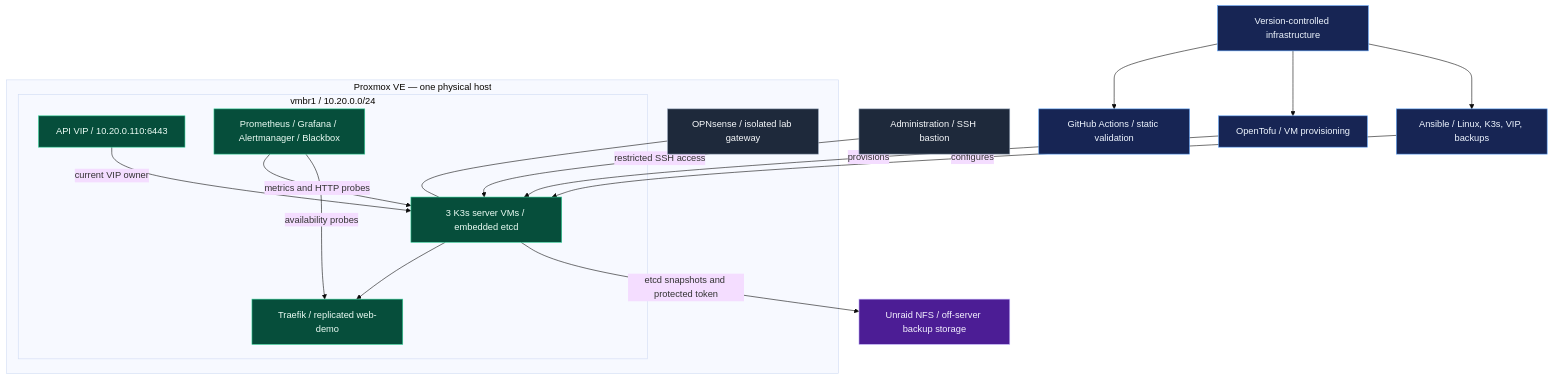
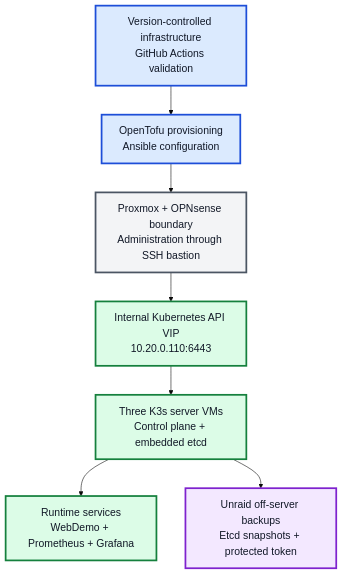
One commit to Capasiter/homelab-portfolio changed the first of 2 diagrams in README.md. Above: the diagram before and after it, drawn with Mermaid (base theme). The commit also changed other lines of this file, not shown here.

Commit message:
docs: improve architecture diagram readability (#35)
Replace the wide architecture topology with a high-contrast vertical diagram using larger labels.

````diff
--- a/README.md
+++ b/README.md
@@ -32,36 +32,27 @@
 ```mermaid
 flowchart TD
-    Git["Version-controlled infrastructure"] --> CI["GitHub Actions / static validation"]
-    Git --> Tofu["OpenTofu / VM provisioning"]
-    Git --> Ansible["Ansible / Linux, K3s, VIP, backups"]
-    Admin["Administration / SSH bastion"]
+    Git["Version-controlled infrastructure<br/>GitHub Actions validation"]
+    Automation["OpenTofu provisioning<br/>Ansible configuration"]
+    Access["Proxmox + OPNsense boundary<br/>Administration through SSH bastion"]
+    VIP["Internal Kubernetes API VIP<br/>10.20.0.110:6443"]
+    Cluster["Three K3s server VMs<br/>Control plane + embedded etcd"]
+    Services["Runtime services<br/>WebDemo + Prometheus + Grafana"]
+    Backup["Unraid off-server backups<br/>Etcd snapshots + protected token"]
 
-    subgraph PVE["Proxmox VE — one physical host"]
-        Gateway["OPNsense / isolated lab gateway"]
-        subgraph Lab["vmbr1 / 10.20.0.0/24"]
-            VIP["API VIP / 10.20.0.110:6443"]
-            Cluster["3 K3s server VMs / embedded etcd"]
-            App["Traefik / replicated web-demo"]
-            Observe["Prometheus / Grafana / Alertmanager / Blackbox"]
-        end
-        Gateway --- Cluster
-        VIP -->|"current VIP owner"| Cluster
-        Cluster --> App
-        Observe -->|"metrics and HTTP probes"| Cluster
-        Observe -->|"availability probes"| App
-    end
+    Git --> Automation
+    Automation --> Access
+    Access --> VIP
+    VIP --> Cluster
+    Cluster --> Services
+    Cluster --> Backup
 
-    Tofu -->|"provisions"| Cluster
-    Ansible -->|"configures"| Cluster
-    Admin -->|"restricted SSH access"| Cluster
-    Cluster -->|"etcd snapshots and protected token"| Backup["Unraid NFS / off-server backup storage"]
+    classDef delivery fill:#DBEAFE,stroke:#1D4ED8,color:#111827,stroke-width:3px,font-size:18px
+    classDef boundary fill:#F3F4F6,stroke:#4B5563,color:#111827,stroke-width:3px,font-size:18px
+    classDef runtime fill:#DCFCE7,stroke:#15803D,color:#111827,stroke-width:3px,font-size:18px
+    classDef recovery fill:#F3E8FF,stroke:#7E22CE,color:#111827,stroke-width:3px,font-size:18px
 
-    classDef delivery fill:#172554,stroke:#60a5fa,color:#eff6ff
-    classDef runtime fill:#064e3b,stroke:#34d399,color:#ecfdf5
-    classDef recovery fill:#4c1d95,stroke:#c4b5fd,color:#f5f3ff
-    classDef boundary fill:#1e293b,stroke:#94a3b8,color:#f8fafc
-    class Git,CI,Tofu,Ansible delivery
-    class VIP,Cluster,App,Observe runtime
+    class Git,Automation delivery
+    class Access boundary
+    class VIP,Cluster,Services runtime
     class Backup recovery
-    class Admin,Gateway boundary
 ```
````
